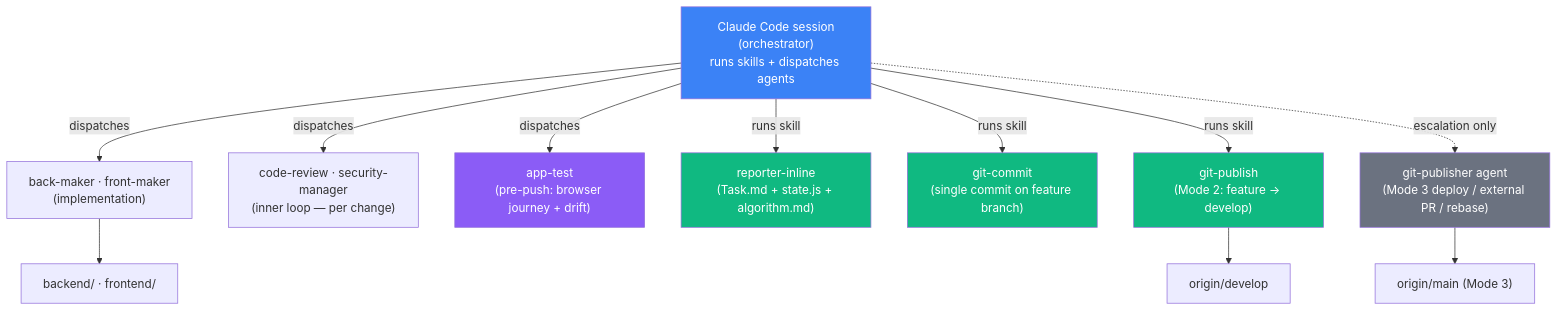
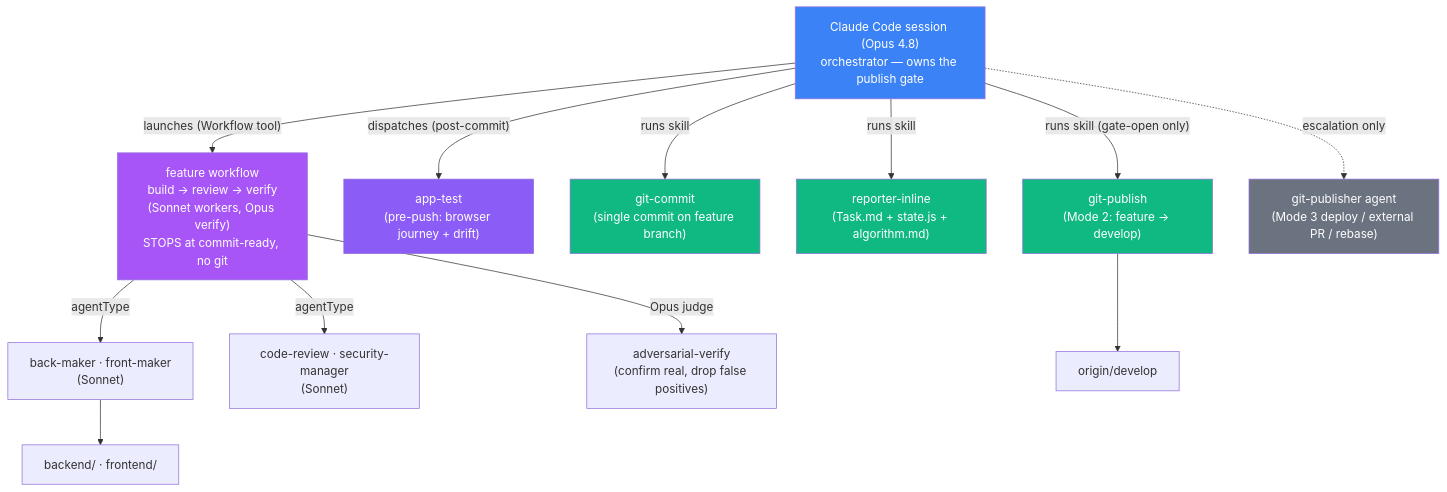
One commit to hongikarchi/archi-tinder changed the first of 2 diagrams in .claude/WORKFLOW.md. Above: the diagram before and after it, drawn with Mermaid. The commit also changed other lines of this file and 95 other files, not shown here.

First line of the commit message:
deploy: batch #225->#246 — image right-size + Taste flow + discovery 113s->6s + algo-axis (#247)

````diff
--- a/.claude/WORKFLOW.md
+++ b/.claude/WORKFLOW.md
@@ -19,21 +33,23 @@
 ```mermaid
 flowchart TD
-    Main["Claude Code session<br/>(orchestrator)<br/>runs skills + dispatches agents"]
-    Main -->|dispatches| Impl["back-maker · front-maker<br/>(implementation)"]
-    Main -->|dispatches| Rev["code-review · security-manager<br/>(inner loop — per change)"]
-    Main -->|dispatches| Gate["app-test<br/>(pre-push: browser journey + drift)"]
+    Main["Claude Code session (Opus 4.8)<br/>orchestrator — owns the publish gate"]
+    Main -->|"launches (Workflow tool)"| WF["feature workflow<br/>build → review → verify<br/>(Sonnet workers, Opus verify)<br/>STOPS at commit-ready, no git"]
+    WF -->|"agentType"| Impl["back-maker · front-maker<br/>(Sonnet)"]
+    WF -->|"agentType"| Rev["code-review · security-manager<br/>(Sonnet)"]
+    WF -->|"Opus judge"| Ver["adversarial-verify<br/>(confirm real, drop false positives)"]
+    Main -->|"dispatches (post-commit)"| Gate["app-test<br/>(pre-push: browser journey + drift)"]
+    Main -->|runs skill| Cmt["git-commit<br/>(single commit on feature branch)"]
     Main -->|runs skill| RIn["reporter-inline<br/>(Task.md + state.js + algorithm.md)"]
-    Main -->|runs skill| Cmt["git-commit<br/>(single commit on feature branch)"]
-    Main -->|runs skill| Pub["git-publish<br/>(Mode 2: feature → develop)"]
+    Main -->|"runs skill (gate-open only)"| Pub["git-publish<br/>(Mode 2: feature → develop)"]
     Main -.->|escalation only| PubA["git-publisher agent<br/>(Mode 3 deploy / external PR / rebase)"]
     Impl --> Code["backend/ · frontend/"]
     Pub --> Remote["origin/develop"]
-    PubA --> Remote2["origin/main (Mode 3)"]
 
     style Main fill:#3b82f6,color:#fff
+    style WF fill:#a855f7,color:#fff
     style Gate fill:#8b5cf6,color:#fff
     style Pub fill:#10b981,color:#fff
     style RIn fill:#10b981,color:#fff
     style Cmt fill:#10b981,color:#fff
     style PubA fill:#6b7280,color:#fff
 ```
````
